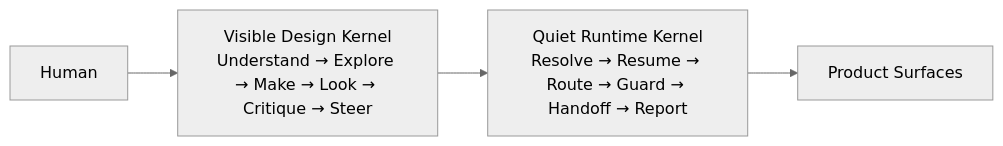
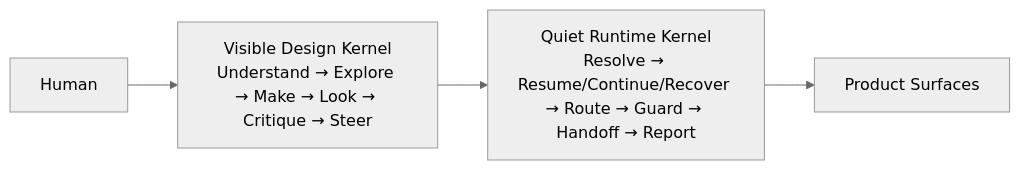
One commit to Jiaosong/Design changed the second of 3 diagrams in product-docs/v0.3/nodes/N10_SESSION_KERNEL.md. Above: the diagram before and after it, drawn with Mermaid (neutral theme). The commit also changed other lines of this file and 71 other files, not shown here.

````diff
--- a/product-docs/v0.3/nodes/N10_SESSION_KERNEL.md
+++ b/product-docs/v0.3/nodes/N10_SESSION_KERNEL.md
@@ -37,6 +38,6 @@
 ```mermaid
 flowchart LR
     U[Human] --> V[Visible Design Kernel<br/>Understand → Explore → Make → Look → Critique → Steer]
-    V --> Q[Quiet Runtime Kernel<br/>Resolve → Resume → Route → Guard → Handoff → Report]
+    V --> Q[Quiet Runtime Kernel<br/>Resolve → Resume/Continue/Recover → Route → Guard → Handoff → Report]
     Q --> P[Product Surfaces]
 ```
````
